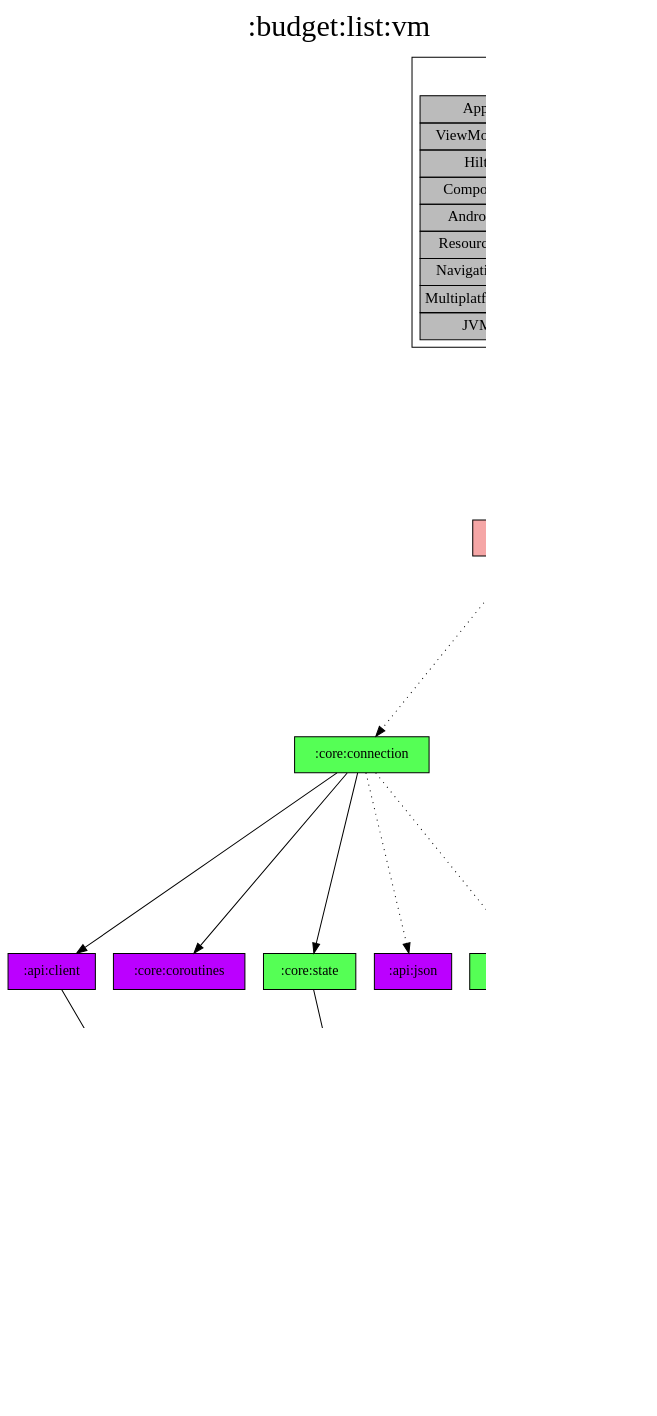
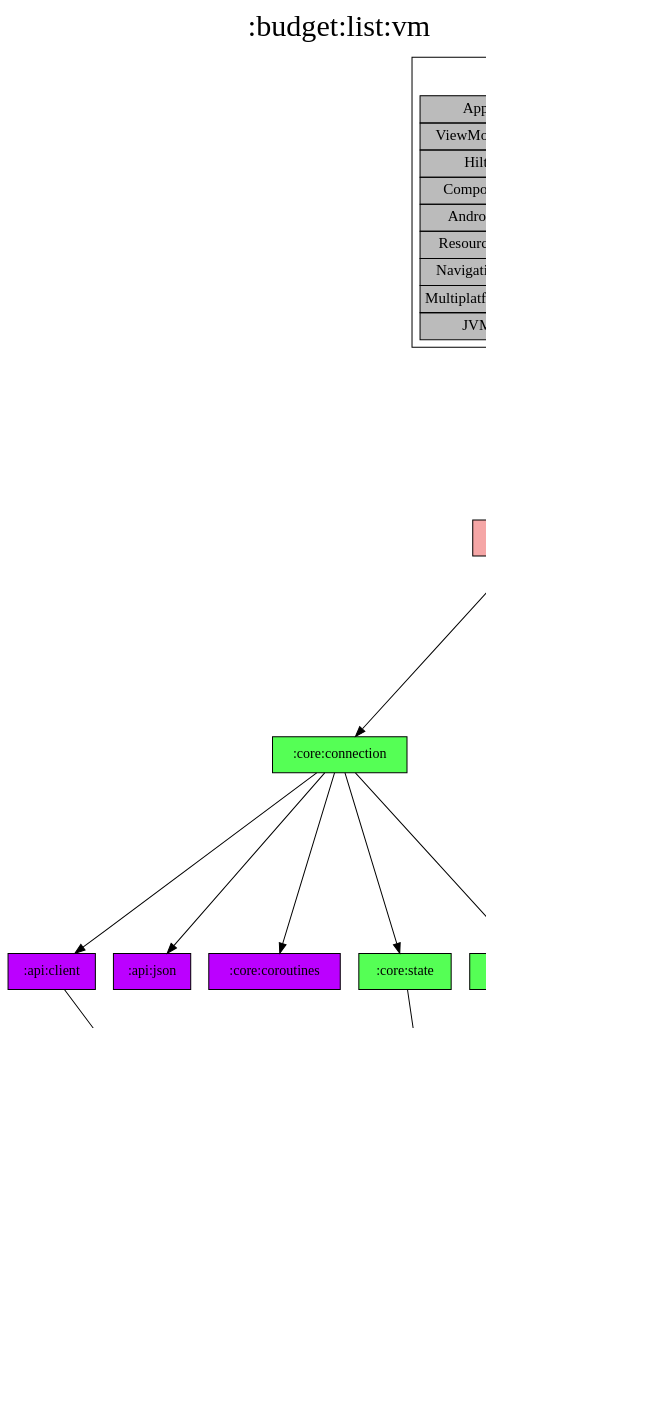
The diagram in modules/budget/list/vm/project-dependency-graph.dot (jonapoul/aktual), drawn with Graphviz before and after one commit. The commit also changed 31 other files, not shown here.

```diff
--- a/modules/budget/list/vm/project-dependency-graph.dot
+++ b/modules/budget/list/vm/project-dependency-graph.dot
@@ -1,49 +1,49 @@
 digraph {
 edge ["dir"="forward"]
 graph ["dpi"="100","label"=":budget:list:vm","labelloc"="t","fontsize"="30","ranksep"="2.5","rankdir"="TB"]
 node ["style"="filled"]
 ":budget:list:vm" ["fillcolor"="#F5A6A6","shape"="box"]
 ":core:connection" ["fillcolor"="#55FF55","shape"="box"]
 ":api:client" ["fillcolor"="#BB00FF","shape"="box"]
 ":api:model" ["fillcolor"="#BB00FF","shape"="box"]
 ":core:model" ["fillcolor"="#BB00FF","shape"="box"]
+":api:json" ["fillcolor"="#BB00FF","shape"="box"]
 ":core:coroutines" ["fillcolor"="#BB00FF","shape"="box"]
 ":core:state" ["fillcolor"="#55FF55","shape"="box"]
-":api:json" ["fillcolor"="#BB00FF","shape"="box"]
 ":serverUrl:prefs" ["fillcolor"="#55FF55","shape"="box"]
 ":login:prefs" ["fillcolor"="#BB00FF","shape"="box"]
 {
 edge ["dir"="none"]
 graph ["rank"="same"]
 }
-":budget:list:vm" -> ":core:connection" ["style"="dotted"]
-":budget:list:vm" -> ":login:prefs" ["style"="dotted"]
-":budget:list:vm" -> ":serverUrl:prefs" ["style"="dotted"]
+":budget:list:vm" -> ":core:connection"
+":budget:list:vm" -> ":login:prefs"
+":budget:list:vm" -> ":serverUrl:prefs"
 ":core:connection" -> ":api:client"
+":core:connection" -> ":api:json"
 ":core:connection" -> ":core:coroutines"
 ":core:connection" -> ":core:state"
-":core:connection" -> ":api:json" ["style"="dotted"]
-":core:connection" -> ":serverUrl:prefs" ["style"="dotted"]
+":core:connection" -> ":serverUrl:prefs"
 ":api:client" -> ":api:model"
 ":api:model" -> ":core:model"
 ":core:state" -> ":core:model"
 ":serverUrl:prefs" -> ":core:model"
 ":login:prefs" -> ":core:model"
 subgraph "cluster_legend" {
 edge ["dir"="none"]
 graph ["label"="Legend","fontsize"="20"]
 "Legend" ["style"="filled","fillcolor"="#bbbbbb","shape"="none","margin"="0","fontsize"="15","label"=<
 <TABLE BORDER="0" CELLBORDER="1" CELLSPACING="0" CELLPADDING="4">
 <TR><TD>App</TD><TD BGCOLOR="#FF5555">module-name</TD></TR>
 <TR><TD>ViewModel</TD><TD BGCOLOR="#F5A6A6">module-name</TD></TR>
 <TR><TD>Hilt</TD><TD BGCOLOR="#FCB103">module-name</TD></TR>
 <TR><TD>Compose</TD><TD BGCOLOR="#FFFF55">module-name</TD></TR>
 <TR><TD>Android</TD><TD BGCOLOR="#55FF55">module-name</TD></TR>
 <TR><TD>Resources</TD><TD BGCOLOR="#00FFFF">module-name</TD></TR>
 <TR><TD>Navigation</TD><TD BGCOLOR="#5555FF">module-name</TD></TR>
 <TR><TD>Multiplatform</TD><TD BGCOLOR="#9D8DF1">module-name</TD></TR>
 <TR><TD>JVM</TD><TD BGCOLOR="#BB00FF">module-name</TD></TR>
 </TABLE>
 >]
 } -> ":budget:list:vm" ["style"="invis"]
 }
```
